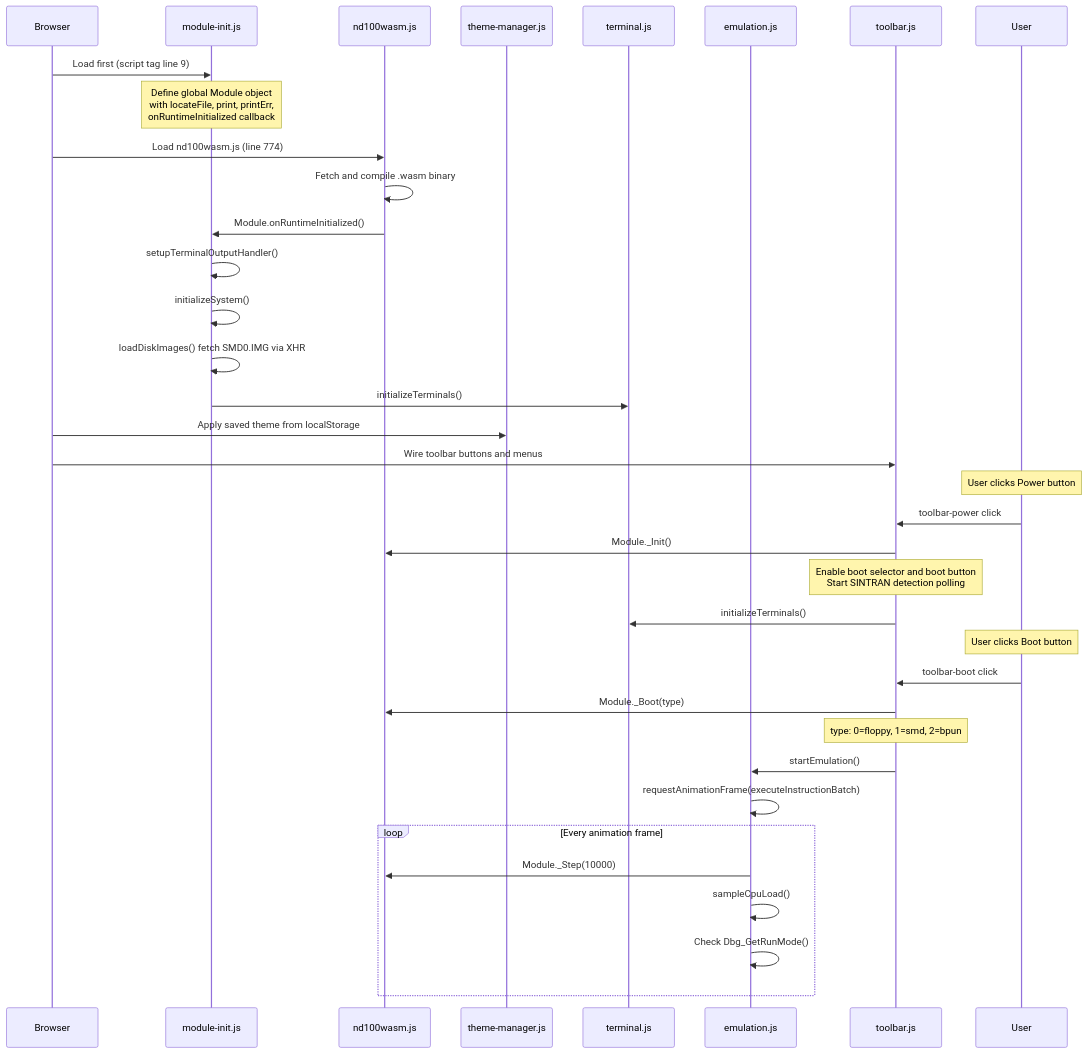
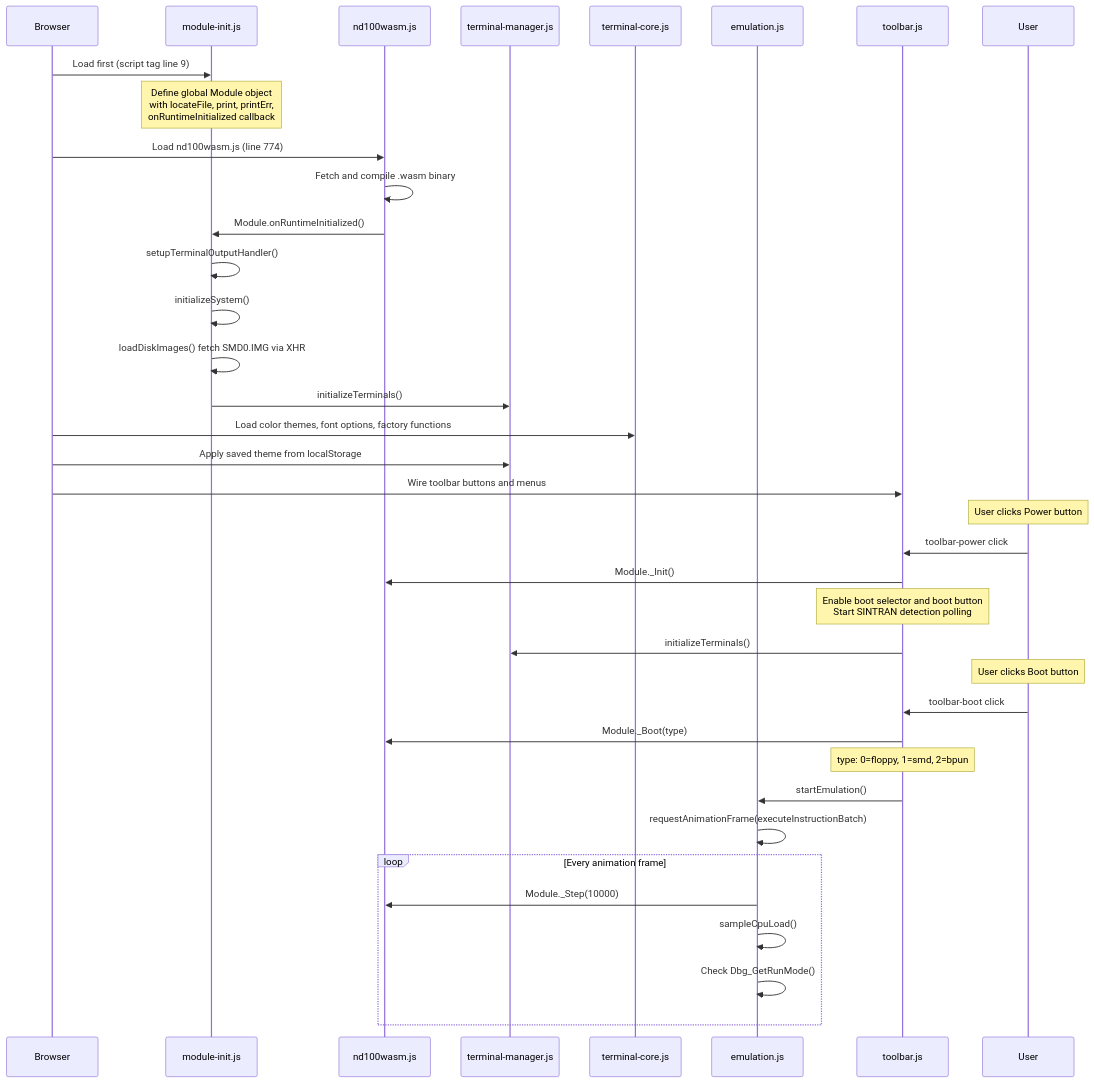
Before and after one commit to HackerCorpLabs/nd100x: the second of 3 diagrams in GLASS.md, drawn with Mermaid. The commit also changed other lines of this file and 13 other files, not shown here.

````diff
--- a/GLASS.md
+++ b/GLASS.md
@@ -125,39 +128,41 @@
 ```mermaid
 sequenceDiagram
     participant B as Browser
     participant MI as module-init.js
     participant WM as nd100wasm.js
     participant TM as theme-manager.js
-    participant T as terminal.js
+    participant TC as terminal-core.js
+    participant TM as terminal-manager.js
     participant E as emulation.js
     participant TB as toolbar.js
     participant U as User
 
     B->>MI: Load first (script tag line 9)
     Note over MI: Define global Module object<br/>with locateFile, print, printErr,<br/>onRuntimeInitialized callback
     B->>WM: Load nd100wasm.js (line 774)
     WM->>WM: Fetch and compile .wasm binary
     WM->>MI: Module.onRuntimeInitialized()
     MI->>MI: setupTerminalOutputHandler()
     MI->>MI: initializeSystem()
     MI->>MI: loadDiskImages() fetch SMD0.IMG via XHR
-    MI->>T: initializeTerminals()
+    MI->>TM: initializeTerminals()
+    B->>TC: Load color themes, font options, factory functions
     B->>TM: Apply saved theme from localStorage
     B->>TB: Wire toolbar buttons and menus
     Note over U: User clicks Power button
     U->>TB: toolbar-power click
     TB->>WM: Module._Init()
     Note over TB: Enable boot selector and boot button<br/>Start SINTRAN detection polling
-    TB->>T: initializeTerminals()
+    TB->>TM: initializeTerminals()
     Note over U: User clicks Boot button
     U->>TB: toolbar-boot click
     TB->>WM: Module._Boot(type)
     Note over TB: type: 0=floppy, 1=smd, 2=bpun
     TB->>E: startEmulation()
     E->>E: requestAnimationFrame(executeInstructionBatch)
     loop Every animation frame
         E->>WM: Module._Step(10000)
         E->>E: sampleCpuLoad()
         E->>E: Check Dbg_GetRunMode()
     end
 ```
````
